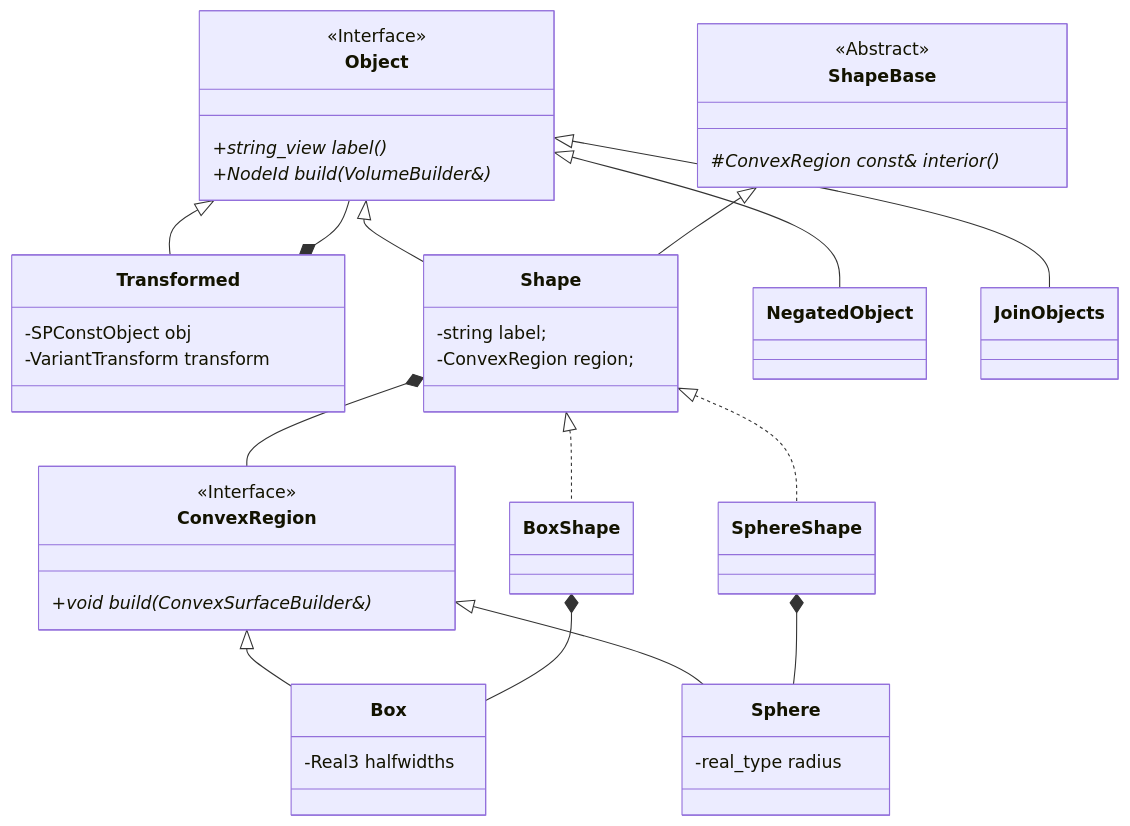
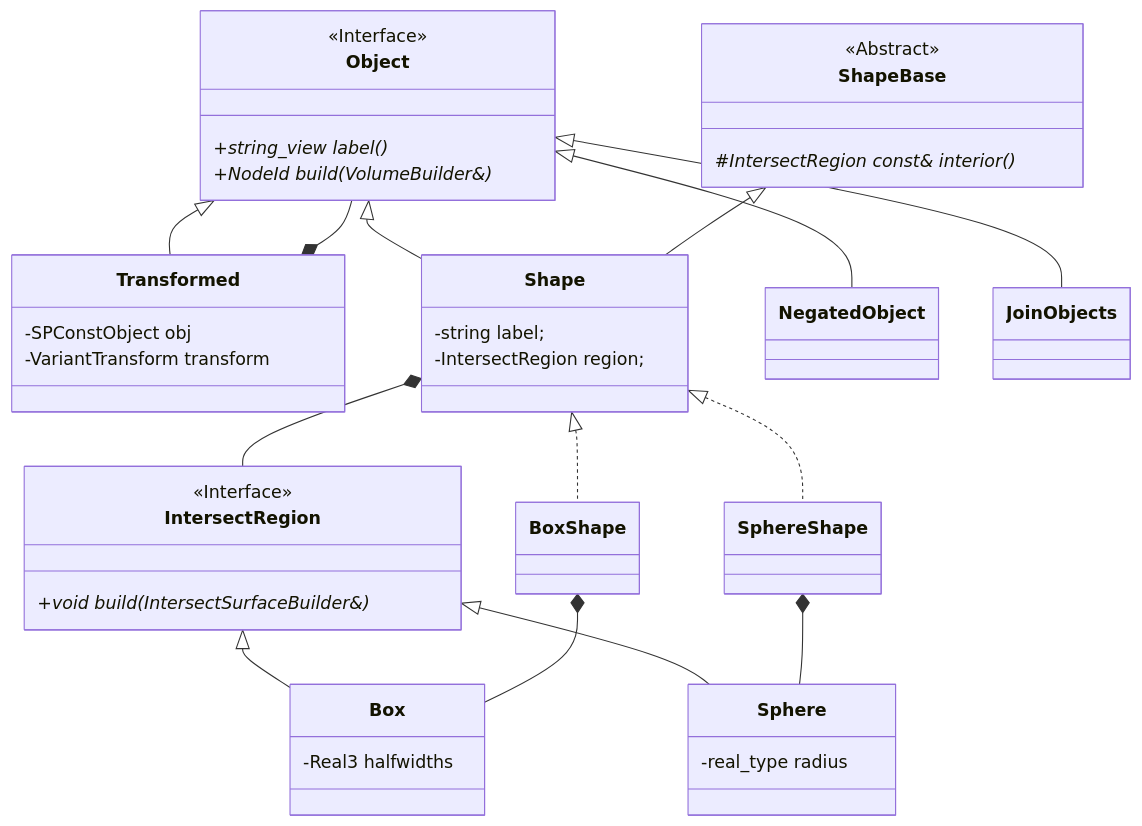
One commit to celeritas-project/celeritas changed the diagram in doc/main/api/orange.rst. Above: the diagram before and after it, drawn with Mermaid. The commit also changed other lines of this file and 3 other files, not shown here.

```diff
--- a/doc/main/api/orange.rst
+++ b/doc/main/api/orange.rst
@@ -73,49 +76,49 @@
 .. mermaid::
 
    classDiagram
      Object <|-- Transformed
      Object <|-- Shape
      Object <|-- NegatedObject
      Object <|-- JoinObjects
      ShapeBase <|-- Shape
      class Object {
        +string_view label()*
        +NodeId build(VolumeBuilder&)*
      }
      <<Interface>> Object
      class Transformed {
        -SPConstObject obj
        -VariantTransform transform
      }
      Transformed *-- Object
 
      class ShapeBase {
-       #ConvexRegion const& interior()*
+       #IntersectRegion const& interior()*
      }
      <<Abstract>> ShapeBase
 
      class Shape {
        -string label;
-       -ConvexRegion region;
+       -IntersectRegion region;
      }
-     Shape *-- ConvexRegion
+     Shape *-- IntersectRegion
 
-     class ConvexRegion {
-       +void build(ConvexSurfaceBuilder&)*
+     class IntersectRegion {
+       +void build(IntersectSurfaceBuilder&)*
      }
-     <<Interface>> ConvexRegion
-     ConvexRegion <|-- Box
-     ConvexRegion <|-- Sphere
+     <<Interface>> IntersectRegion
+     IntersectRegion <|-- Box
+     IntersectRegion <|-- Sphere
 
      class Box {
        -Real3 halfwidths
      }
      class Sphere {
        -real_type radius
      }
 
      Shape <|.. BoxShape
      Shape <|.. SphereShape
 
      BoxShape *-- Box
      SphereShape *-- Sphere
```
